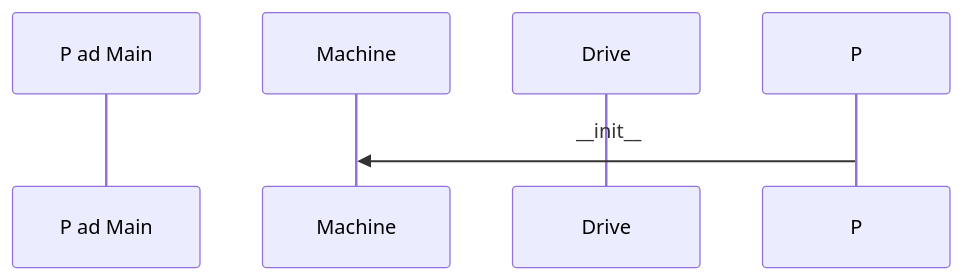
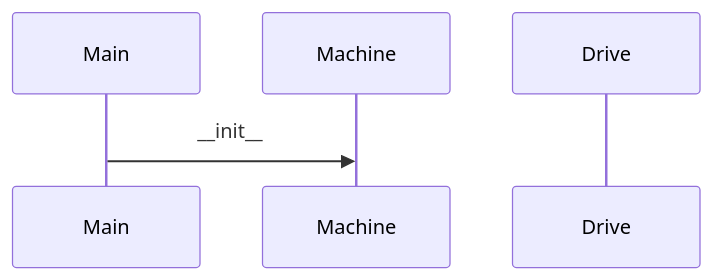
Before and after one commit to phuvio/ot-harjoitustyo: the diagram in laskarit/viikko3/sekvenssikaavio.md, drawn with Mermaid.

````diff
--- a/laskarit/viikko3/sekvenssikaavio.md
+++ b/laskarit/viikko3/sekvenssikaavio.md
@@ -3,8 +3,8 @@
 ```mermaid
  sequenceDiagram
-   participant P ad Main
+   participant P as Main
    participant M as Machine
    participant D as Drive
    P->>M: __init__
    
 ```
````
